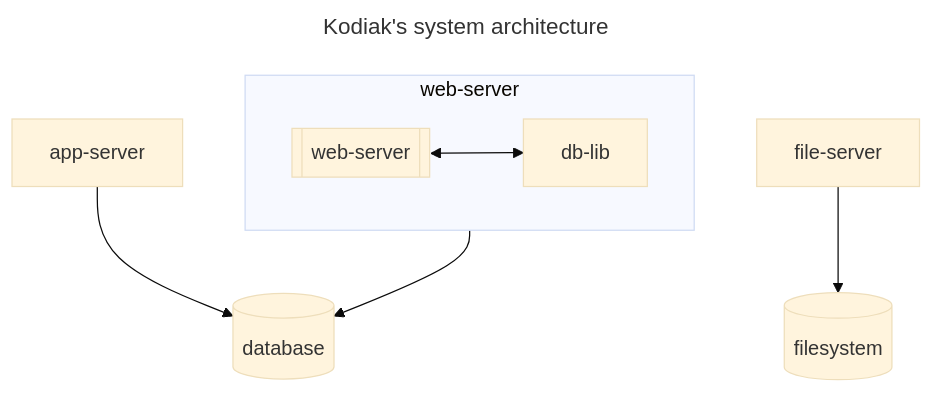
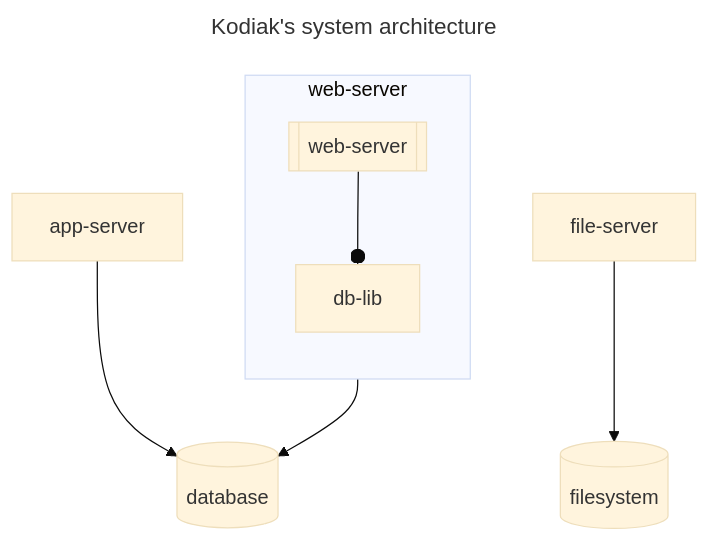
Before and after one commit to polarlabs/kodiak-diagrams: the first of 2 diagrams in SYSTEM-ARCHITECTURE.md, drawn with Mermaid (base theme).

Commit message:
fix: rearrange boxes.

````diff
--- a/SYSTEM-ARCHITECTURE.md
+++ b/SYSTEM-ARCHITECTURE.md
@@ -5,13 +5,14 @@
 ```mermaid
 ---
 title: Kodiak's system architecture
 ---
 flowchart TB
   direction TB
   subgraph web-server
-    web-server.pro[[web-server]] <--> db-lib
+    direction TB
+    web-server.pro[[web-server]] --o db-lib
   end
   file-server --> filesystem[(filesystem)]
   web-server --> database[(database)]
   app-server --> database[(database)]
 ```
````
